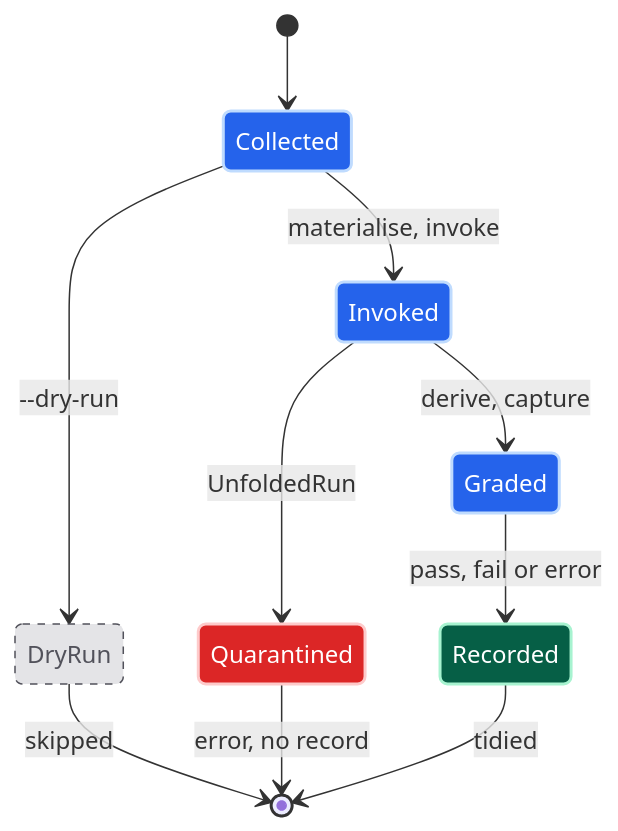
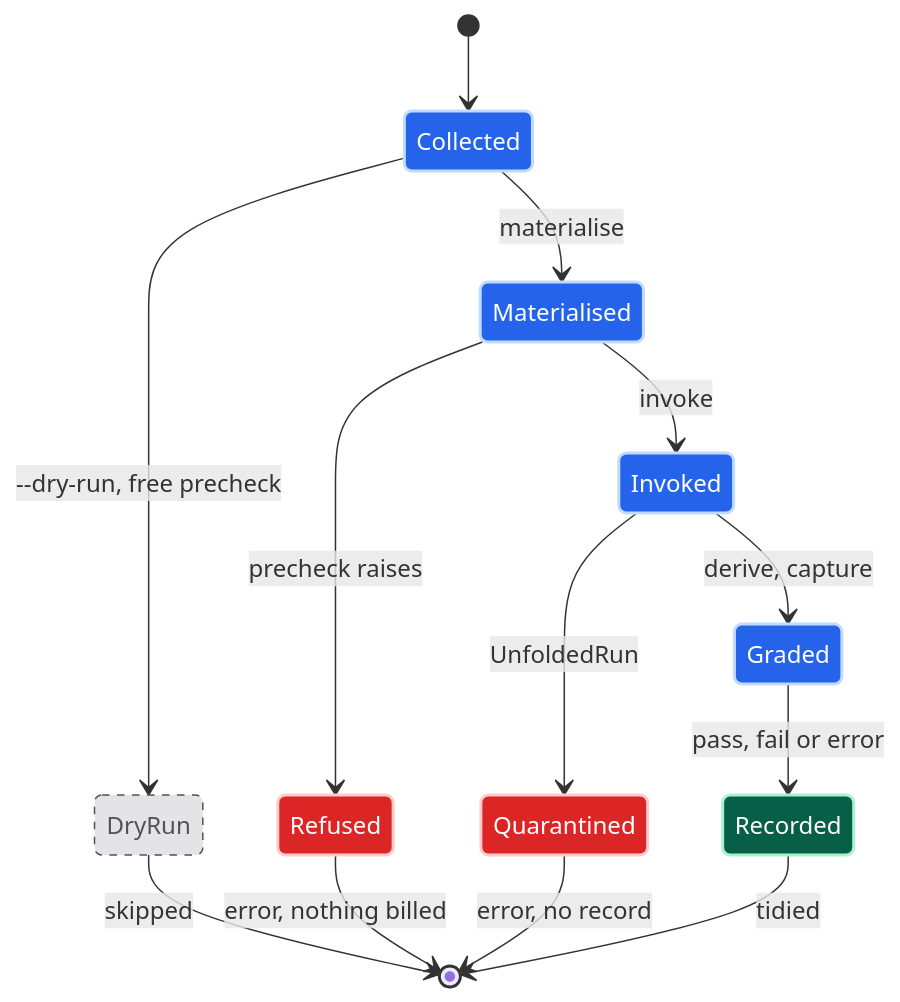
One commit to neozenith/pytest-xharness-eval changed diagram 22 of 39 in ARCHITECTURE.md. Above: the diagram before and after it, drawn with Mermaid. The commit also changed other lines of this file and 1 other file, not shown here.

First line of the commit message:
docs: ARCHITECTURE.md refreshed for the wired Analyzer, CellPlan and ADR 0076 names

````diff
--- a/ARCHITECTURE.md
+++ b/ARCHITECTURE.md
@@ -1292,21 +1362,24 @@
 ```mermaid
 stateDiagram-v2
     [*] --> Collected
-    Collected --> DryRun : --dry-run
-    Collected --> Invoked : materialise, invoke
+    Collected --> DryRun : --dry-run, free precheck
+    Collected --> Materialised : materialise
+    Materialised --> Refused : precheck raises
+    Materialised --> Invoked : invoke
     Invoked --> Quarantined : UnfoldedRun
     Invoked --> Graded : derive, capture
     Graded --> Recorded : pass, fail or error
+    Refused --> [*] : error, nothing billed
     Quarantined --> [*] : error, no record
     DryRun --> [*] : skipped
     Recorded --> [*] : tidied
 
     classDef active fill:#2563eb,stroke:#bfdbfe,color:#fff,stroke-width:2px
     classDef bad fill:#dc2626,stroke:#fecaca,color:#fff,stroke-width:2px
     classDef done fill:#065f46,stroke:#a7f3d0,color:#fff,stroke-width:2px
     classDef skip fill:#e4e4e7,stroke:#52525b,color:#52525b,stroke-width:1px,stroke-dasharray:5 5
-    class Collected,Invoked,Graded active
-    class Quarantined bad
+    class Collected,Materialised,Invoked,Graded active
+    class Refused,Quarantined bad
     class Recorded done
     class DryRun skip
 ```
````
